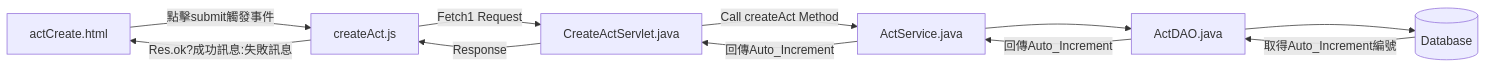
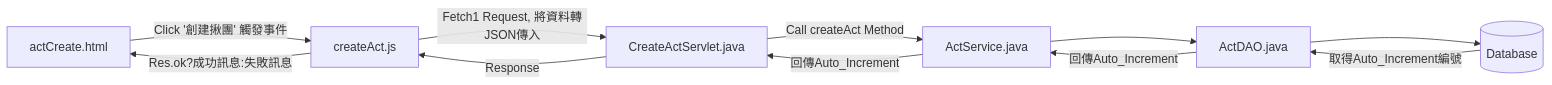
One commit to TLexYuW/CGA103G1OwnPart changed the second of 16 diagrams in README.md. Above: the diagram before and after it, drawn with Mermaid. The commit also changed other lines of this file, not shown here.

````diff
--- a/README.md
+++ b/README.md
@@ -62,6 +62,6 @@
 ```mermaid
 flowchart LR
-	aC[actCreate.html] -->|點擊submit觸發事件| cA[createAct.js] -->|Fetch1 Request| CAS[CreateActServlet.java] 
+	aC[actCreate.html] -->|Click '創建揪團' 觸發事件| cA[createAct.js] -->|Fetch1 Request, 將資料轉JSON傳入| CAS[CreateActServlet.java] 
 	-->|Call createAct Method| AS[ActService.java] --> AD[ActDAO.java] --> DB[(Database)]
 	DB -->|取得Auto_Increment編號| AD -->|回傳Auto_Increment| AS -->|回傳Auto_Increment| CAS -->|Response| cA -->|Res.ok?成功訊息:失敗訊息| aC
 ```
````
